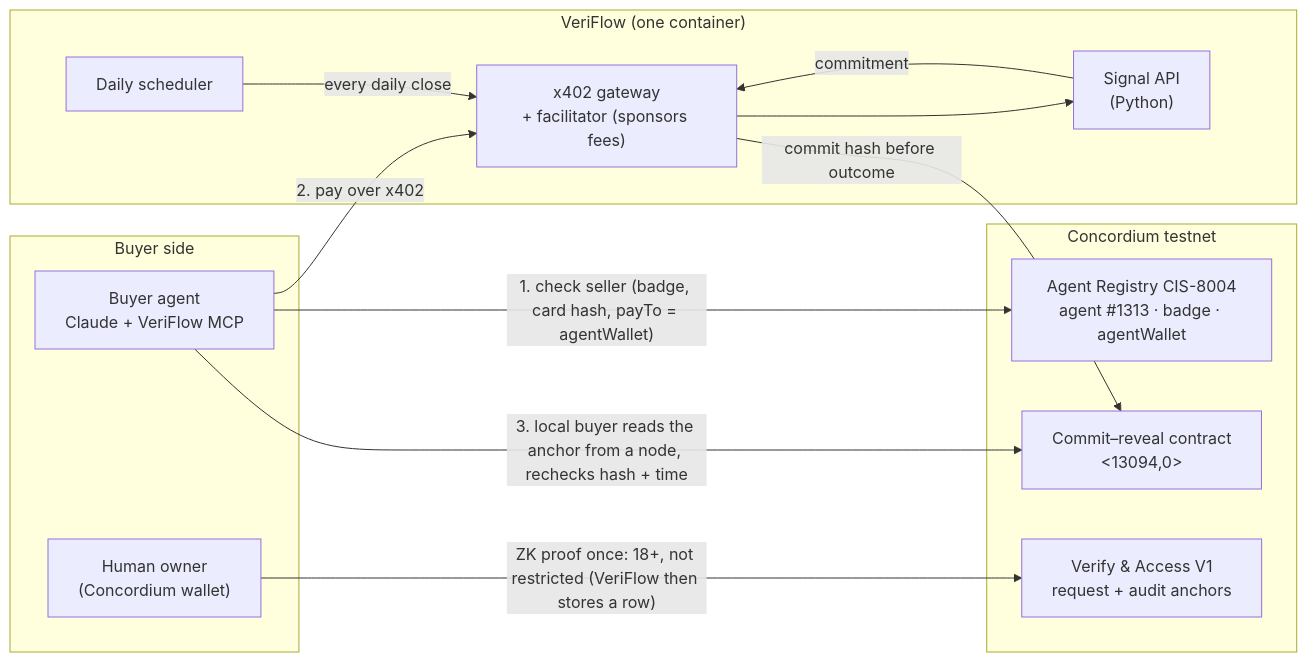
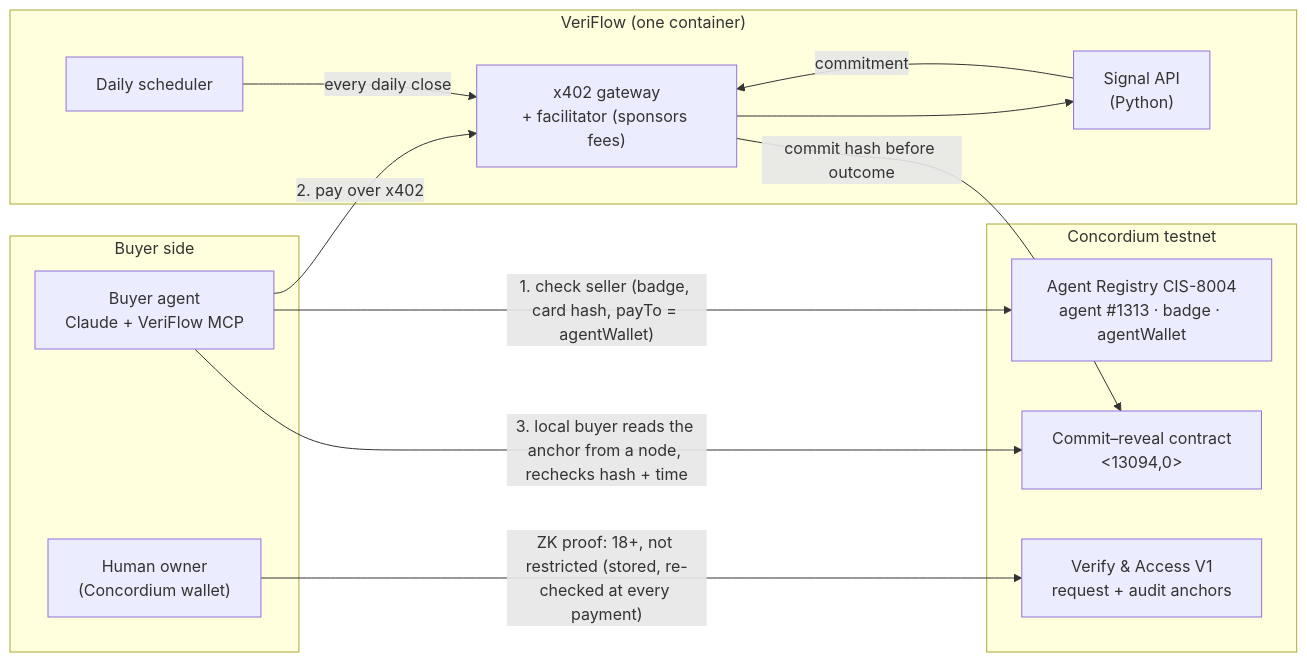
The first of 2 diagrams in README.md (jiahaoc040-ai/veriflow), drawn with Mermaid before and after one commit. The commit also changed other lines of this file and 8 other files, not shown here.

First line of the commit message:
Settlement re-checks the buyer's proof on every payment; .env read before the network is chosen

````diff
--- a/README.md
+++ b/README.md
@@ -32,25 +32,25 @@
 ```mermaid
 flowchart LR
   subgraph Buyer["Buyer side"]
     H["Human owner<br/>(Concordium wallet)"]
     A["Buyer agent<br/>Claude + VeriFlow MCP"]
   end
   subgraph Seller["VeriFlow (one container)"]
     G["x402 gateway<br/>+ facilitator (sponsors fees)"]
     P["Signal API<br/>(Python)"]
     D["Daily scheduler"]
   end
   subgraph Chain["Concordium testnet"]
     R["Agent Registry CIS-8004<br/>agent #1313 · badge · agentWallet"]
     C["Commit–reveal contract<br/>&lt;13094,0&gt;"]
     V["Verify & Access V1<br/>request + audit anchors"]
   end
-  H -- "ZK proof once: 18+, not restricted (VeriFlow then stores a row)" --> V
+  H -- "ZK proof: 18+, not restricted (stored, re-checked at every payment)" --> V
   A -- "1. check seller (badge, card hash, payTo = agentWallet)" --> R
   A -- "2. pay over x402" --> G
   G --> P
   P -- "commitment" --> G
   G -- "commit hash before outcome" --> C
   D -- "every daily close" --> G
   A -- "3. local buyer reads the anchor from a node, rechecks hash + time" --> C
 ```
````
